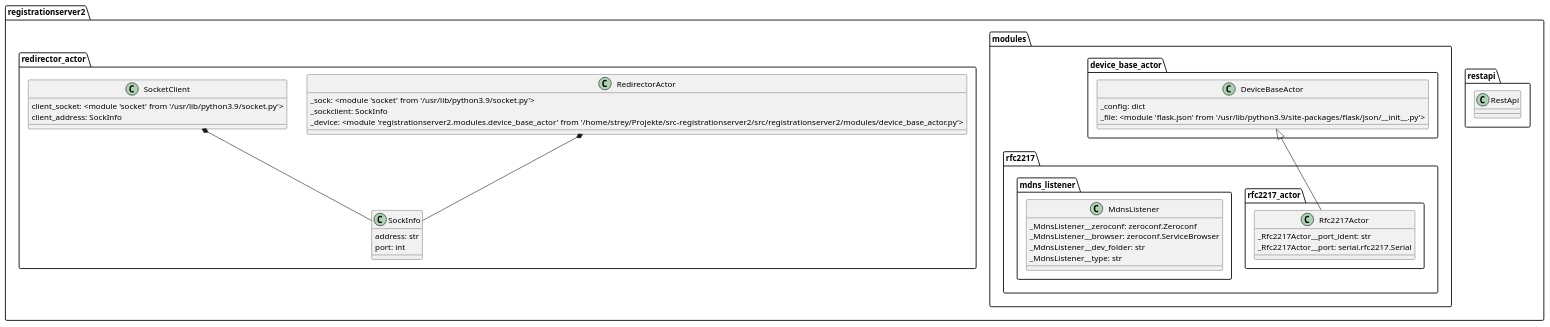
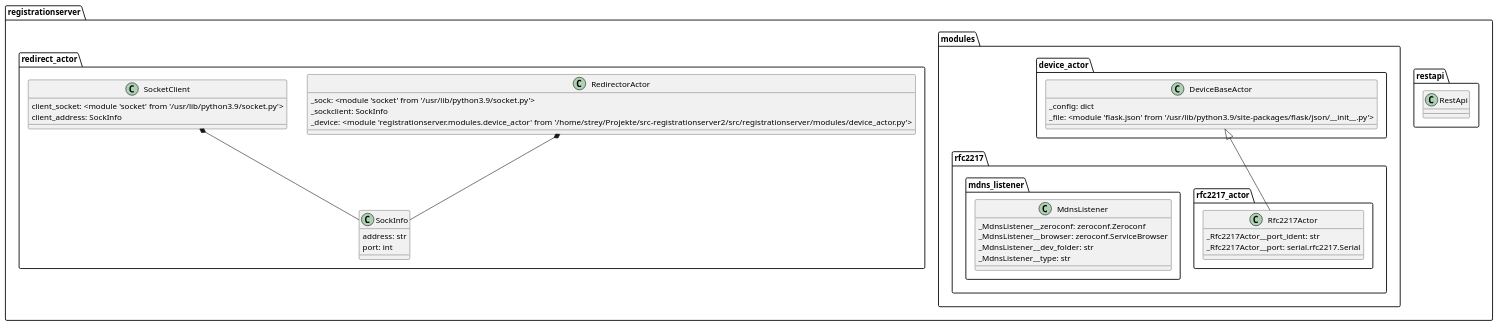
Before and after one commit to SARAD-GmbH/RegServer: the diagram in doc/source/uml-rs2_classes.puml, drawn with PlantUML. The commit also changed 39 other files, not shown here.

```diff
--- a/doc/source/uml-rs2_classes.puml
+++ b/doc/source/uml-rs2_classes.puml
@@ -1,34 +1,34 @@
 @startuml
-class registrationserver2.restapi.RestApi {
+class registrationserver.restapi.RestApi {
 }
-class registrationserver2.modules.device_base_actor.DeviceBaseActor {
+class registrationserver.modules.device_actor.DeviceBaseActor {
   _config: dict
   _file: <module 'flask.json' from '/usr/lib/python3.9/site-packages/flask/json/__init__.py'>
 }
-class registrationserver2.modules.rfc2217.rfc2217_actor.Rfc2217Actor {
+class registrationserver.modules.rfc2217.rfc2217_actor.Rfc2217Actor {
   _Rfc2217Actor__port_ident: str
   _Rfc2217Actor__port: serial.rfc2217.Serial
 }
-class registrationserver2.modules.rfc2217.mdns_listener.MdnsListener {
+class registrationserver.modules.rfc2217.mdns_listener.MdnsListener {
   _MdnsListener__zeroconf: zeroconf.Zeroconf
   _MdnsListener__browser: zeroconf.ServiceBrowser
   _MdnsListener__dev_folder: str
   _MdnsListener__type: str
 }
-class registrationserver2.redirector_actor.RedirectorActor {
+class registrationserver.redirect_actor.RedirectorActor {
   _sock: <module 'socket' from '/usr/lib/python3.9/socket.py'>
   _sockclient: SockInfo
-  _device: <module 'registrationserver2.modules.device_base_actor' from '/home/strey/Projekte/src-registrationserver2/src/registrationserver2/modules/device_base_actor.py'>
+  _device: <module 'registrationserver.modules.device_actor' from '/home/strey/Projekte/src-registrationserver2/src/registrationserver/modules/device_actor.py'>
 }
-class registrationserver2.redirector_actor.SockInfo {
+class registrationserver.redirect_actor.SockInfo {
   address: str
   port: int
 }
-class registrationserver2.redirector_actor.SocketClient {
+class registrationserver.redirect_actor.SocketClient {
   client_socket: <module 'socket' from '/usr/lib/python3.9/socket.py'>
   client_address: SockInfo
 }
-registrationserver2.modules.device_base_actor.DeviceBaseActor <|-- registrationserver2.modules.rfc2217.rfc2217_actor.Rfc2217Actor
-registrationserver2.redirector_actor.RedirectorActor *-- registrationserver2.redirector_actor.SockInfo
-registrationserver2.redirector_actor.SocketClient *-- registrationserver2.redirector_actor.SockInfo
+registrationserver.modules.device_actor.DeviceBaseActor <|-- registrationserver.modules.rfc2217.rfc2217_actor.Rfc2217Actor
+registrationserver.redirect_actor.RedirectorActor *-- registrationserver.redirect_actor.SockInfo
+registrationserver.redirect_actor.SocketClient *-- registrationserver.redirect_actor.SockInfo
 @enduml
```
